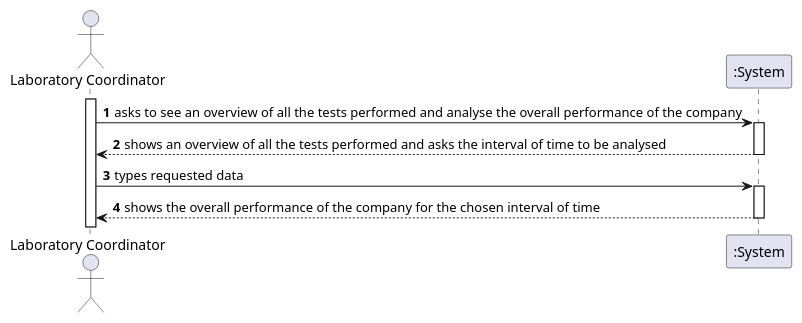
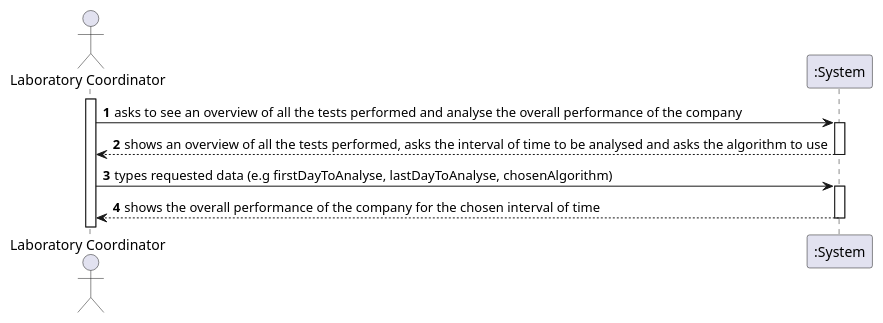
Before and after one commit to ana-albergaria/LAPR2-ISEP: the diagram in docs/SprintD/US_16/US16_SSD.puml, drawn with PlantUML. The commit also changed 5 other files, not shown here.

```diff
--- a/docs/SprintD/US_16/US16_SSD.puml
+++ b/docs/SprintD/US_16/US16_SSD.puml
@@ -1,16 +1,16 @@
 @startuml
 autonumber
 actor "Laboratory Coordinator" as LC
 
 activate LC
 LC-> ":System" : asks to see an overview of all the tests performed and analyse the overall performance of the company
 activate ":System"
-":System" --> LC : shows an overview of all the tests performed and asks the interval of time to be analysed
+":System" --> LC : shows an overview of all the tests performed, asks the interval of time to be analysed and asks the algorithm to use
 deactivate ":System"
 
-LC-> ":System" : types requested data
+LC-> ":System" : types requested data (e.g firstDayToAnalyse, lastDayToAnalyse, chosenAlgorithm)
 activate ":System"
 ":System" --> LC : shows the overall performance of the company for the chosen interval of time
 deactivate ":System"
 
 @enduml
```
